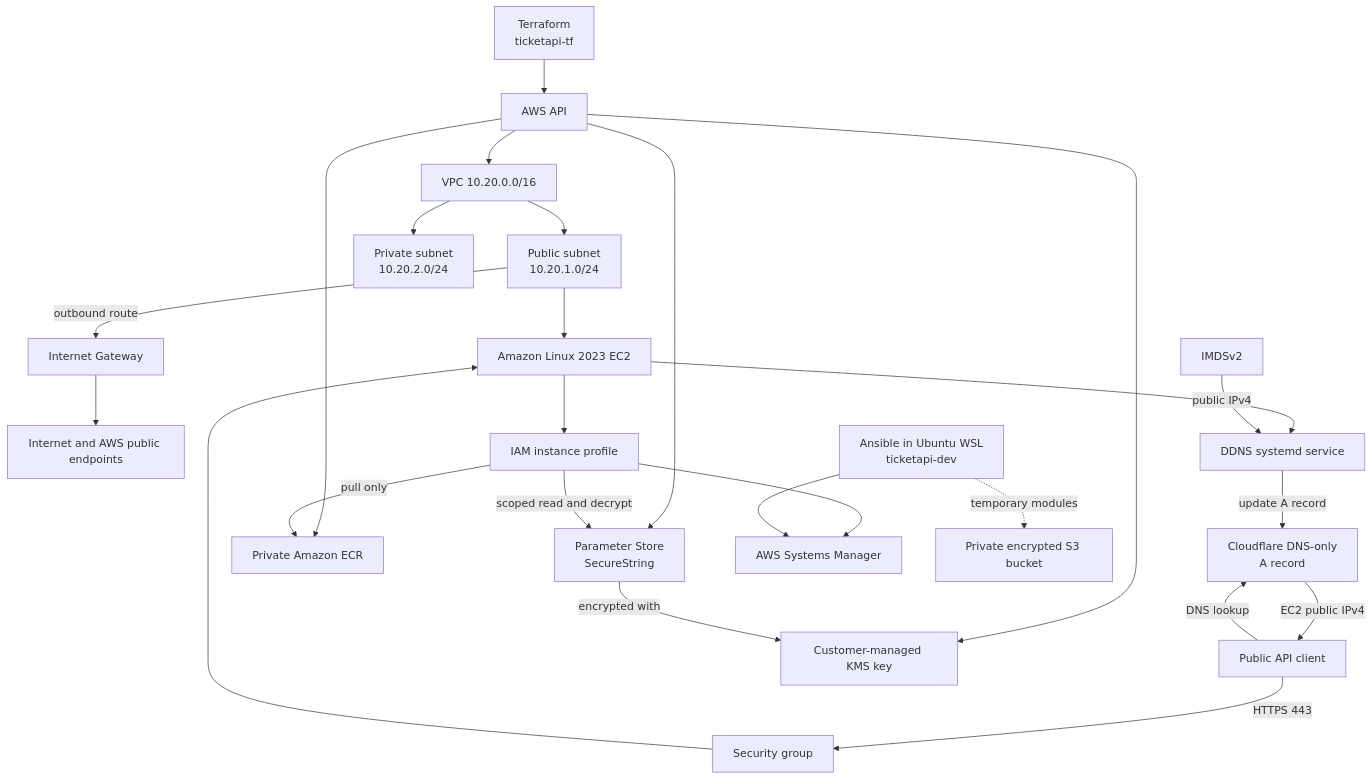
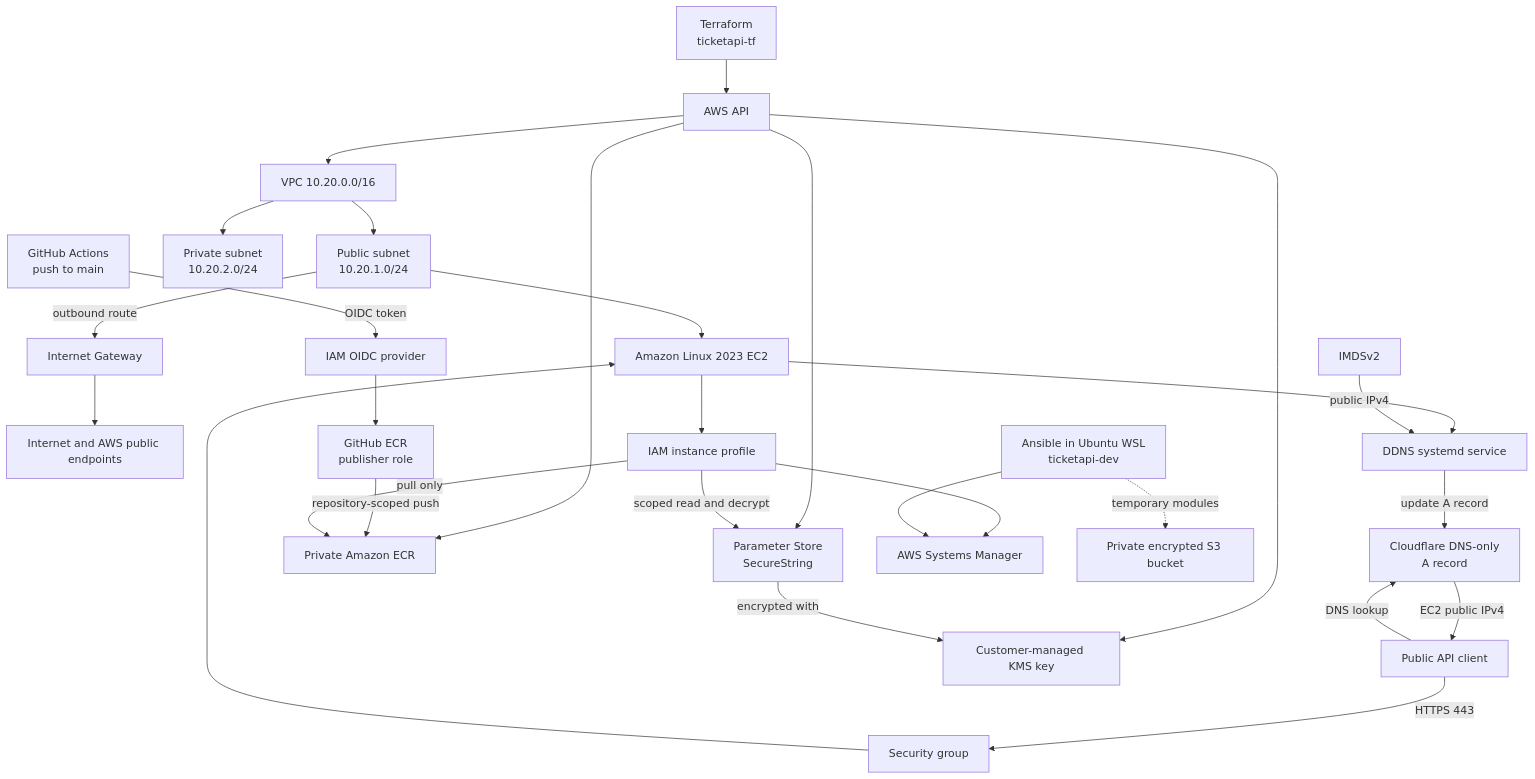
Before and after one commit to Orlando-Alvarez/Ticket-API: the fourth of 5 diagrams in docs/architecture.md, drawn with Mermaid. The commit also changed other lines of this file and 8 other files, not shown here.

````diff
--- a/docs/architecture.md
+++ b/docs/architecture.md
@@ -180,27 +208,30 @@
 ```mermaid
 flowchart TB
     Terraform[Terraform<br/>ticketapi-tf] --> AWS[AWS API]
     AWS --> VPC[VPC 10.20.0.0/16]
     VPC --> Public[Public subnet<br/>10.20.1.0/24]
     VPC --> Private[Private subnet<br/>10.20.2.0/24]
     Public -->|outbound route| IGW[Internet Gateway]
     IGW --> Internet[Internet and AWS public endpoints]
     Public --> EC2[Amazon Linux 2023 EC2]
     Client[Public API client] -->|DNS lookup| Cloudflare[Cloudflare DNS-only<br/>A record]
     Cloudflare -->|EC2 public IPv4| Client
     Client -->|HTTPS 443| SG[Security group]
     SG --> EC2
     AWS --> ECR[Private Amazon ECR]
+    Actions[GitHub Actions<br/>push to main] -->|OIDC token| OIDC[IAM OIDC provider]
+    OIDC --> Publisher[GitHub ECR<br/>publisher role]
+    Publisher -->|repository-scoped push| ECR
     AWS --> Parameters[Parameter Store<br/>SecureString]
     AWS --> KMS[Customer-managed KMS key]
     Parameters -->|encrypted with| KMS
     EC2 --> Profile[IAM instance profile]
     Profile --> SSM[AWS Systems Manager]
     Profile -->|pull only| ECR
     Profile -->|scoped read and decrypt| Parameters
     Ansible[Ansible in Ubuntu WSL<br/>ticketapi-dev] --> SSM
     Ansible -. temporary modules .-> S3[Private encrypted S3 bucket]
     EC2 --> DDNS[DDNS systemd service]
     IMDS[IMDSv2] -->|public IPv4| DDNS
     DDNS -->|update A record| Cloudflare
 ```
````
